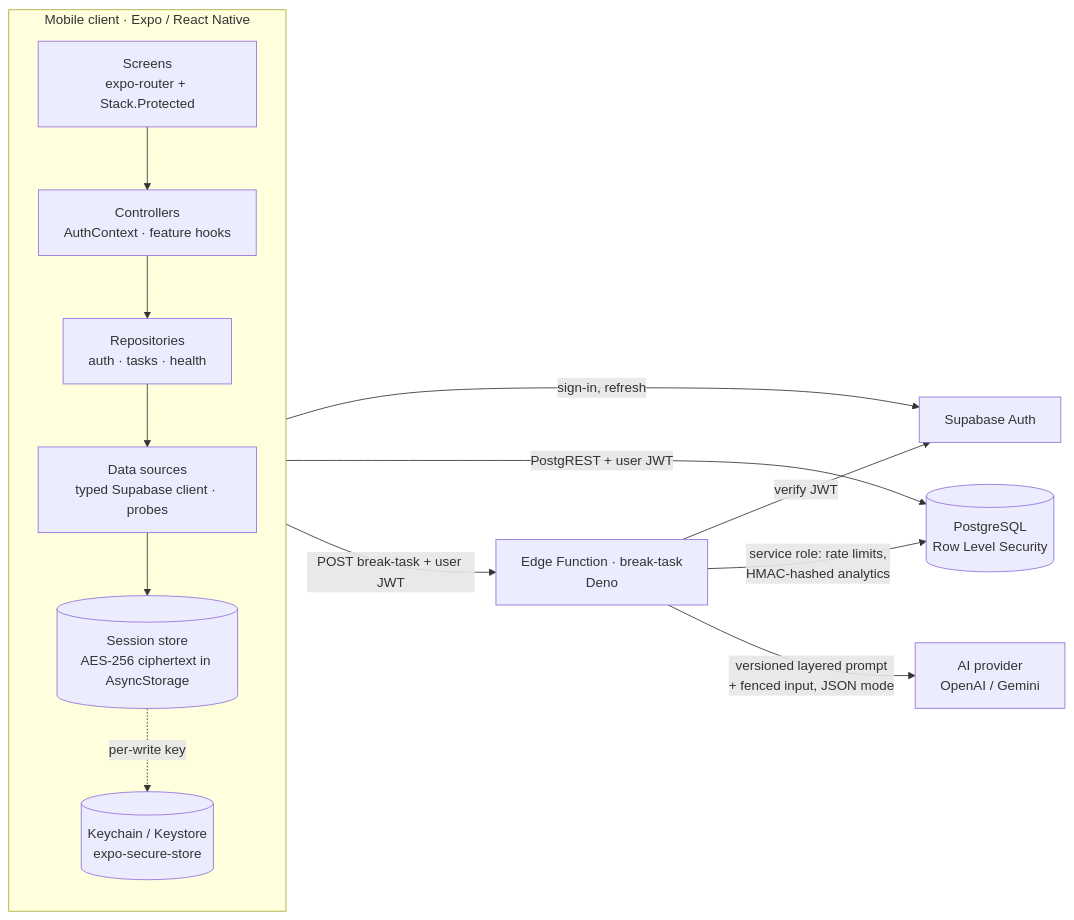
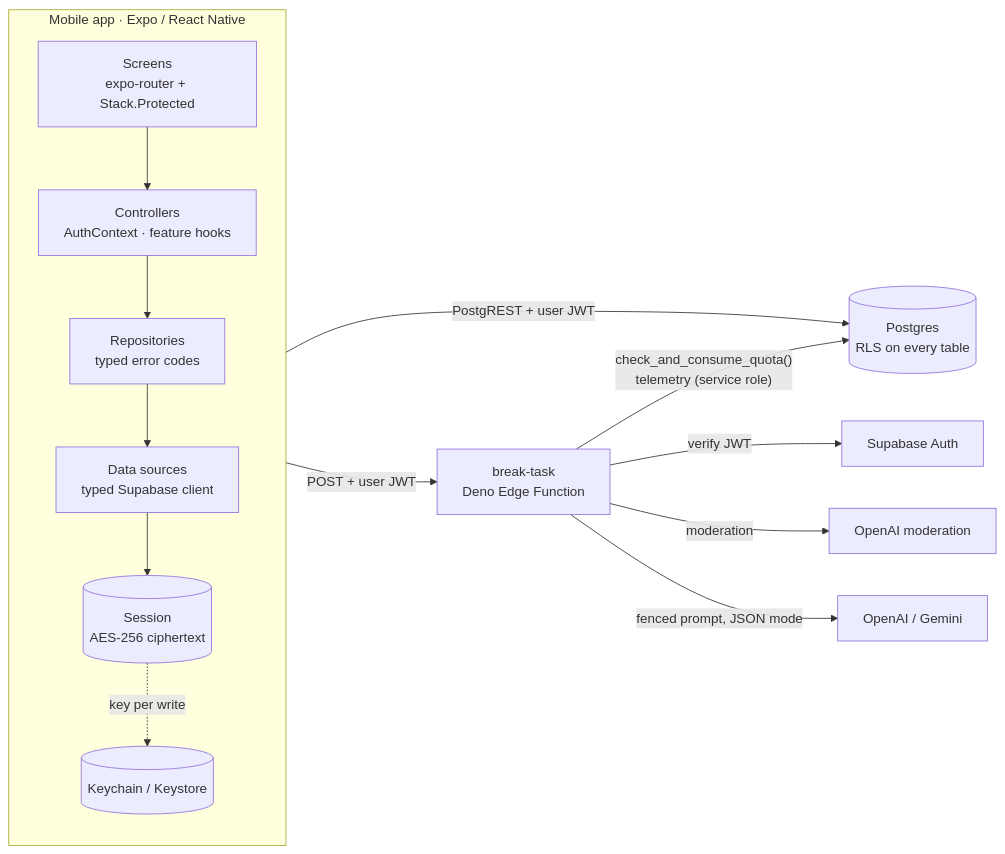
Before and after one commit to ahmetHakanSenel/Minito: the first of 2 diagrams in README.md, drawn with Mermaid. The commit also changed other lines of this file and 16 other files, not shown here.

````diff
--- a/README.md
+++ b/README.md
@@ -44,18 +38,18 @@
 ```mermaid
 flowchart LR
-  subgraph Device["Mobile client · Expo / React Native"]
+  subgraph Device["Mobile app · Expo / React Native"]
     direction TB
     UI["Screens<br/>expo-router + Stack.Protected"] --> CTRL["Controllers<br/>AuthContext · feature hooks"]
-    CTRL --> REPO["Repositories<br/>auth · tasks · health"]
-    REPO --> DATA["Data sources<br/>typed Supabase client · probes"]
-    DATA --> SESSION[("Session store<br/>AES-256 ciphertext in AsyncStorage")]
-    SESSION -. "per-write key" .-> KEYCHAIN[("Keychain / Keystore<br/>expo-secure-store")]
+    CTRL --> REPO["Repositories<br/>typed error codes"]
+    REPO --> DATA["Data sources<br/>typed Supabase client"]
+    DATA --> SESSION[("Session<br/>AES-256 ciphertext")]
+    SESSION -. "key per write" .-> KEYCHAIN[("Keychain / Keystore")]
   end
 
-  DATA -- "sign-in, refresh" --> AUTH["Supabase Auth"]
-  DATA -- "PostgREST + user JWT" --> PG[("PostgreSQL<br/>Row Level Security")]
-  DATA -- "POST break-task + user JWT" --> EF["Edge Function · break-task<br/>Deno"]
-  EF -- "verify JWT" --> AUTH
-  EF -- "service role: rate limits,<br/>HMAC-hashed analytics" --> PG
-  EF -- "versioned layered prompt<br/>+ fenced input, JSON mode" --> AI["AI provider<br/>OpenAI / Gemini"]
+  DATA -- "PostgREST + user JWT" --> PG[("Postgres<br/>RLS on every table")]
+  DATA -- "POST + user JWT" --> EF["break-task<br/>Deno Edge Function"]
+  EF -- "verify JWT" --> AUTH["Supabase Auth"]
+  EF -- "check_and_consume_quota()<br/>telemetry (service role)" --> PG
+  EF -- "moderation" --> MOD["OpenAI moderation"]
+  EF -- "fenced prompt, JSON mode" --> AI["OpenAI / Gemini"]
 ```
````
